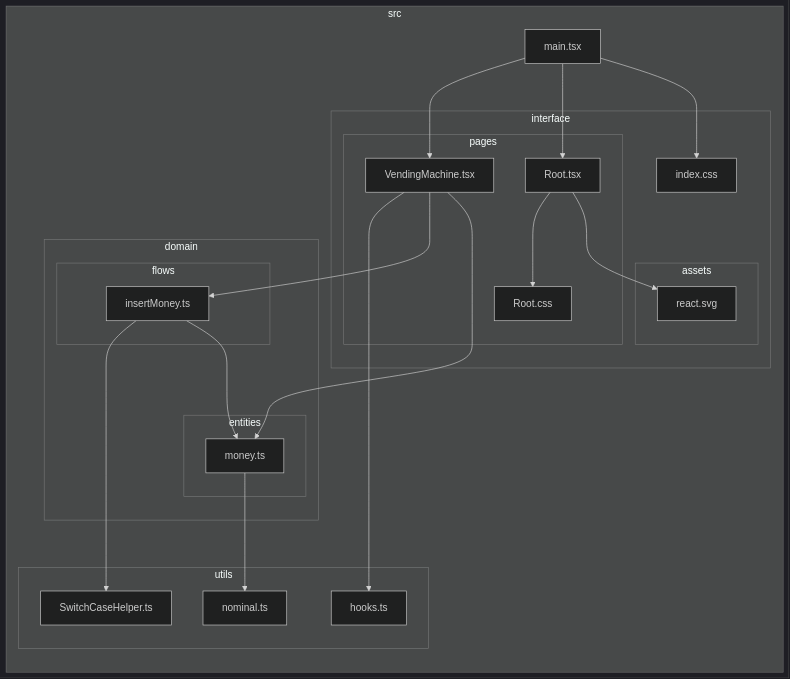
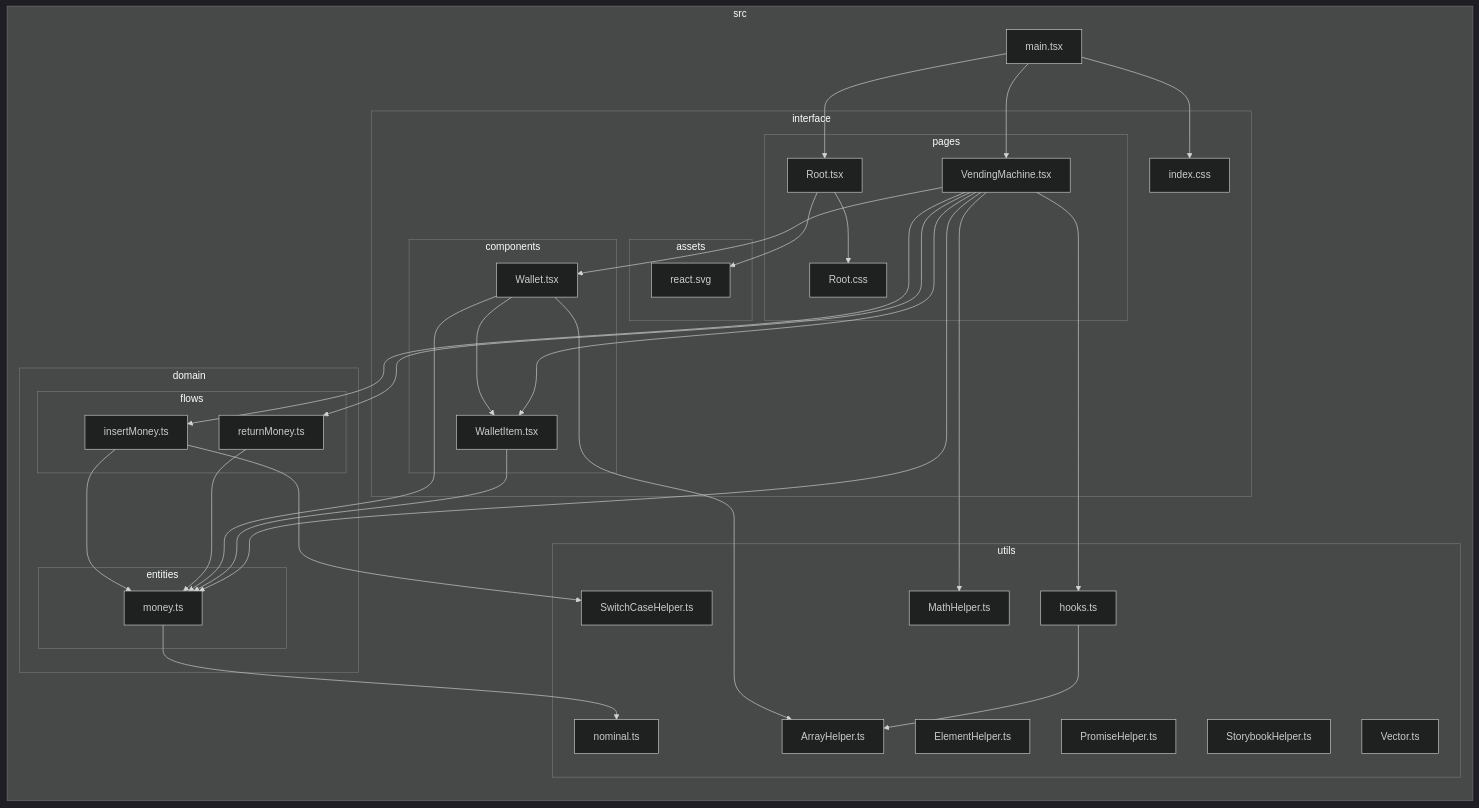
Before and after one commit to tkntkn/clean-architecture-vending-machine: the diagram in vm/docs/Architecture.md, drawn with Mermaid (dark theme). The commit also changed 17 other files, not shown here.

````diff
--- a/vm/docs/Architecture.md
+++ b/vm/docs/Architecture.md
@@ -3,42 +3,63 @@
 ```mermaid
 flowchart LR
 
 subgraph 0["src"]
 subgraph 1["domain"]
 subgraph 2["entities"]
 3["money.ts"]
 end
 subgraph 6["flows"]
 7["insertMoney.ts"]
+9["returnMoney.ts"]
 end
 end
 subgraph 4["utils"]
 5["nominal.ts"]
 8["SwitchCaseHelper.ts"]
-G["hooks.ts"]
+E["ArrayHelper.ts"]
+L["hooks.ts"]
+M["MathHelper.ts"]
+P["ElementHelper.ts"]
+Q["PromiseHelper.ts"]
+R["StorybookHelper.ts"]
+S["Vector.ts"]
 end
-subgraph 9["interface"]
-subgraph A["pages"]
-B["Root.tsx"]
-E["Root.css"]
-F["VendingMachine.tsx"]
+subgraph A["interface"]
+subgraph B["components"]
+C["Wallet.tsx"]
+D["WalletItem.tsx"]
 end
-subgraph C["assets"]
-D["react.svg"]
+subgraph F["pages"]
+G["Root.tsx"]
+J["Root.css"]
+K["VendingMachine.tsx"]
 end
-I["index.css"]
+subgraph H["assets"]
+I["react.svg"]
 end
-H["main.tsx"]
+O["index.css"]
+end
+N["main.tsx"]
 end
 3-->5
 7-->3
 7-->8
-B-->D
-B-->E
-F-->3
-F-->7
-F-->G
-H-->I
-H-->B
-H-->F
+9-->3
+C-->3
+C-->D
+C-->E
+D-->3
+G-->I
+G-->J
+K-->3
+K-->7
+K-->9
+K-->C
+K-->D
+K-->L
+K-->M
+L-->E
+N-->O
+N-->G
+N-->K
 ```
````
